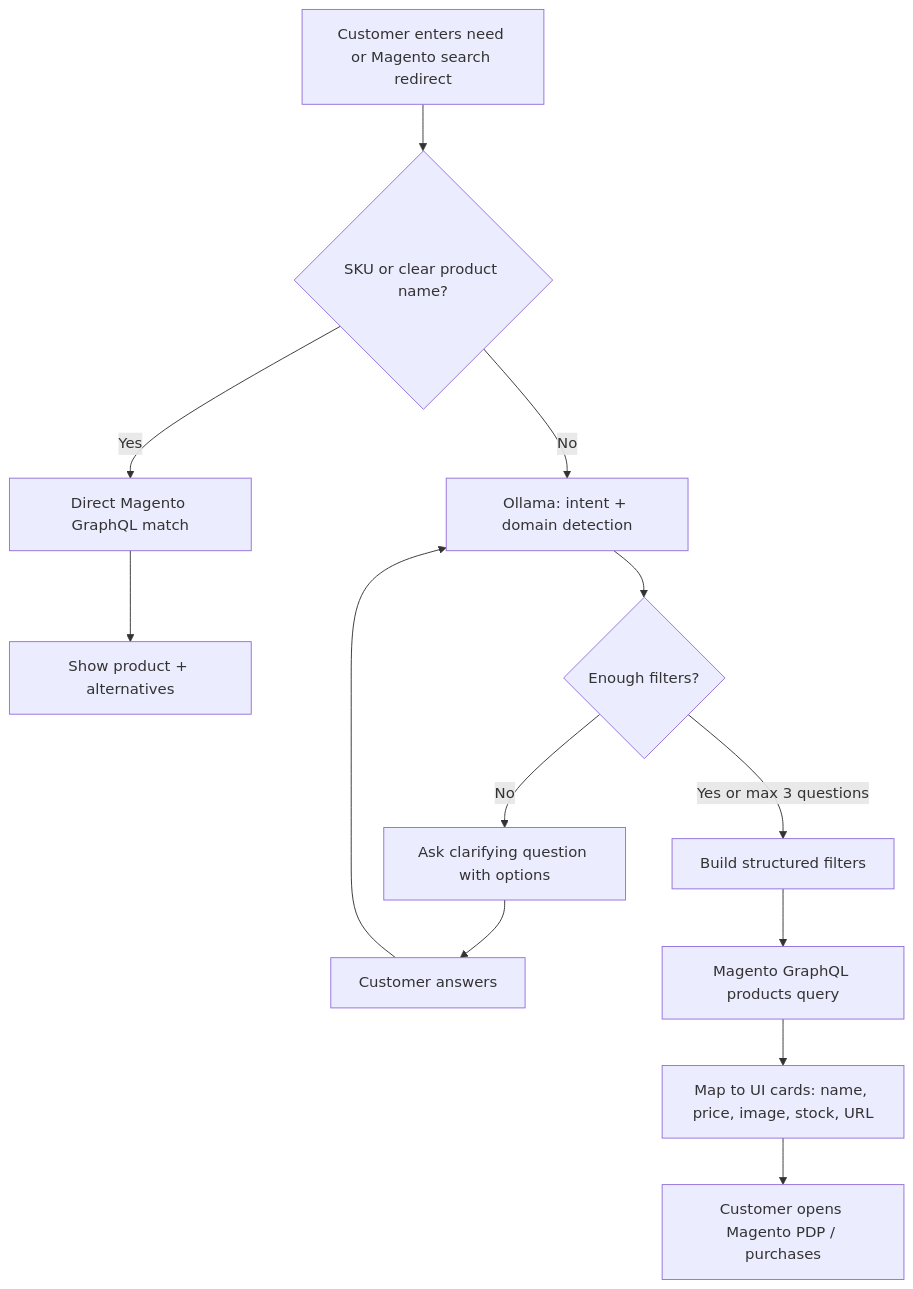
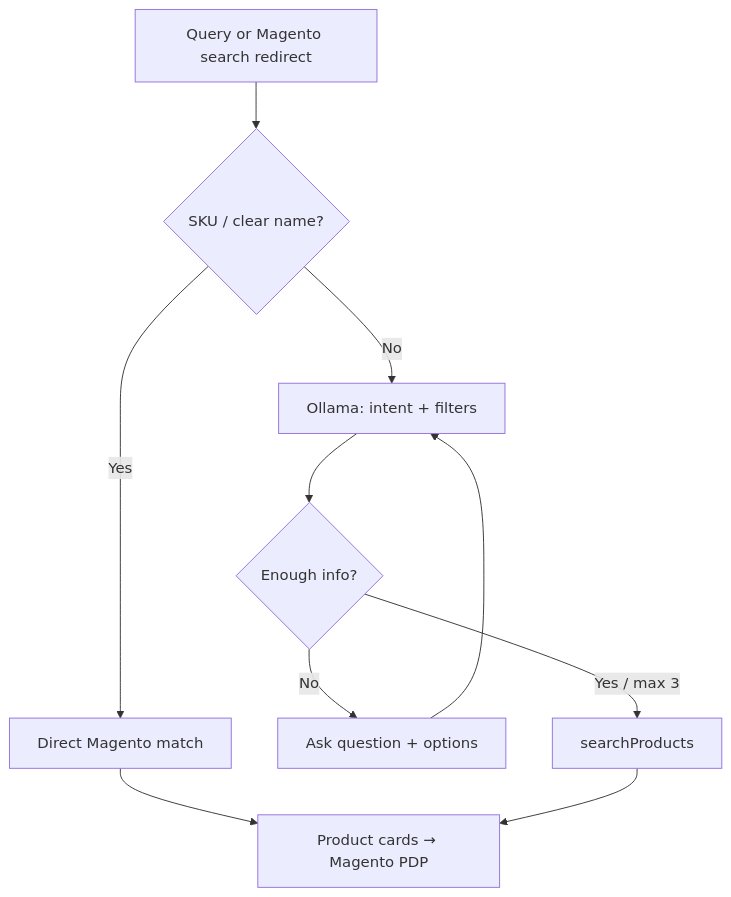
One commit to sharathkvdckap/AI-Commerce-Assistant-Server changed the first of 4 diagrams in HACKATHON_DOCUMENTATION.md. Above: the diagram before and after it, drawn with Mermaid. The commit also changed other lines of this file and 17 other files, not shown here.

````diff
--- a/HACKATHON_DOCUMENTATION.md
+++ b/HACKATHON_DOCUMENTATION.md
@@ -73,15 +44,12 @@
 ```mermaid
 flowchart TD
-  A[Customer enters need or Magento search redirect] --> B{SKU or clear product name?}
-  B -->|Yes| C[Direct Magento GraphQL match]
-  C --> D[Show product + alternatives]
-  B -->|No| E[Ollama: intent + domain detection]
-  E --> F{Enough filters?}
-  F -->|No| G[Ask clarifying question with options]
-  G --> H[Customer answers]
-  H --> E
-  F -->|Yes or max 3 questions| I[Build structured filters]
-  I --> J[Magento GraphQL products query]
-  J --> K[Map to UI cards: name, price, image, stock, URL]
-  K --> L[Customer opens Magento PDP / purchases]
+  A[Query or Magento search redirect] --> B{SKU / clear name?}
+  B -->|Yes| C[Direct Magento match]
+  B -->|No| D[Ollama: intent + filters]
+  D --> E{Enough info?}
+  E -->|No| F[Ask question + options]
+  F --> D
+  E -->|Yes / max 3| G[searchProducts]
+  C --> K[Product cards → Magento PDP]
+  G --> K
 ```
````
